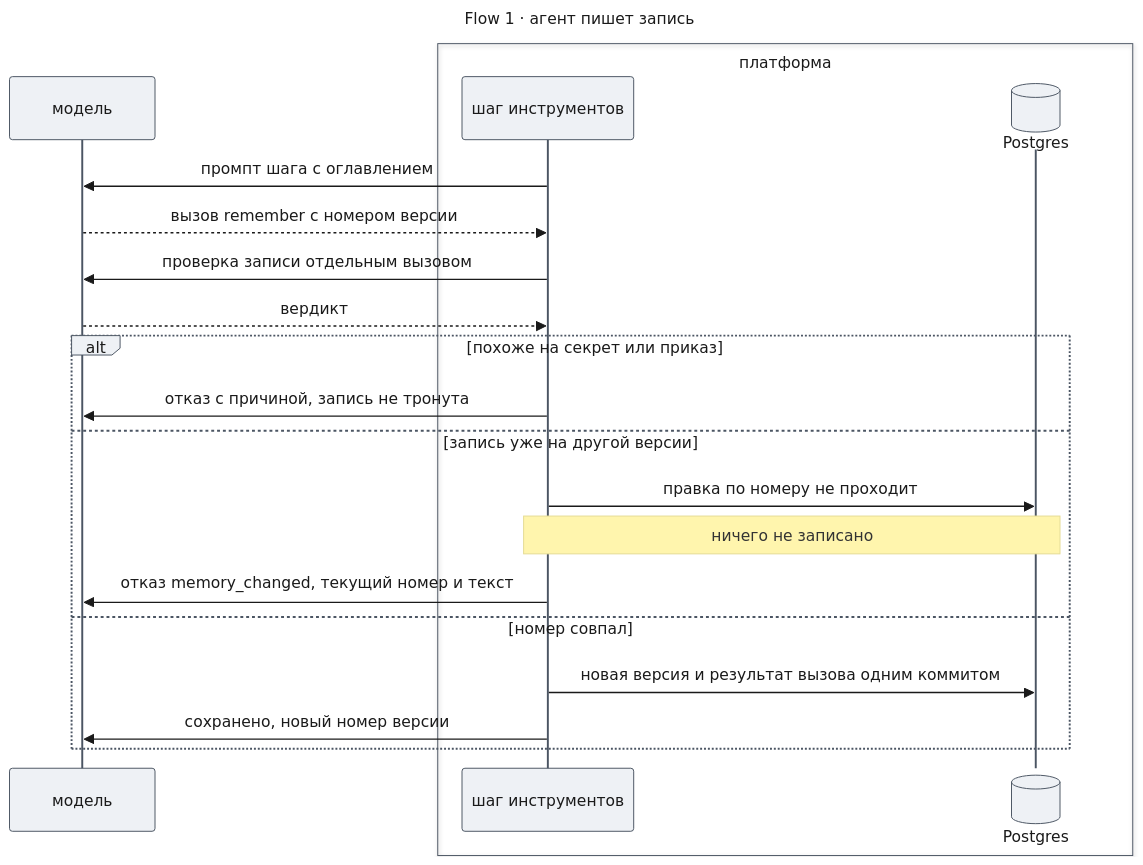
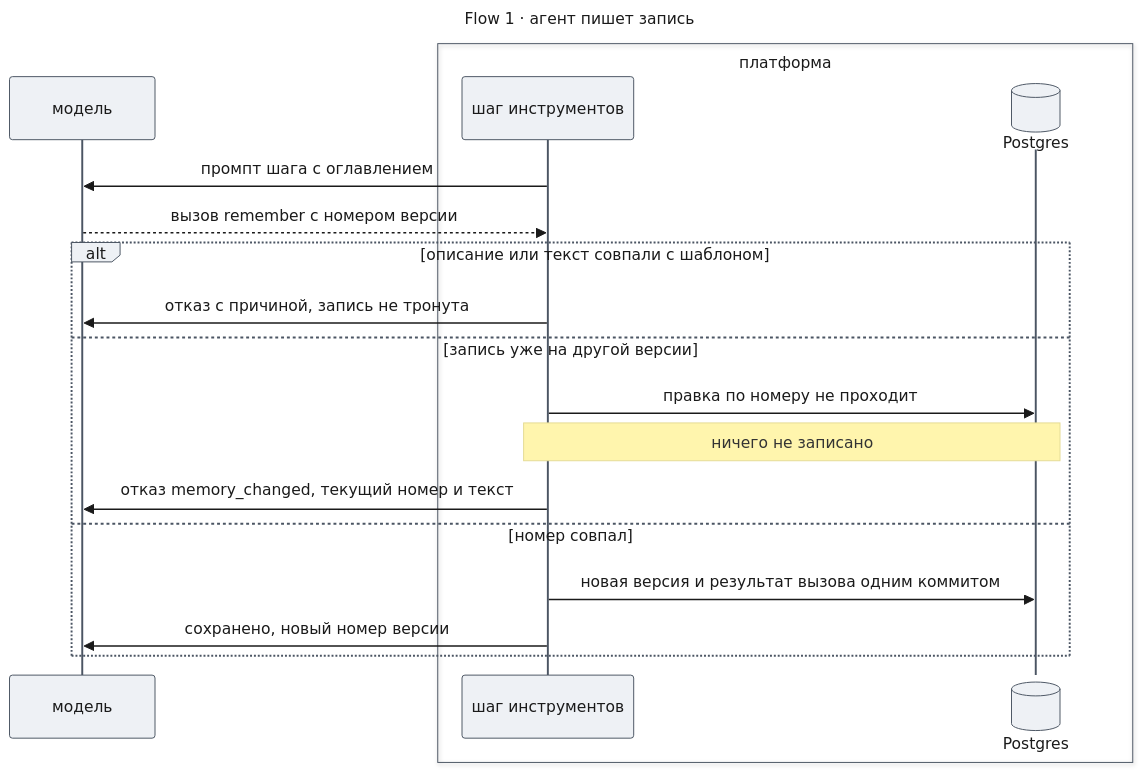
Before and after one commit to tundraray/agent-os: the fifth of 8 diagrams in docs/features/schedules-search-memory/design-memory-hygiene.md, drawn with Mermaid. The commit also changed other lines of this file and 1 other file, not shown here.

````diff
--- a/docs/features/schedules-search-memory/design-memory-hygiene.md
+++ b/docs/features/schedules-search-memory/design-memory-hygiene.md
@@ -371,45 +355,41 @@
 ```mermaid
 ---
 title: "Flow 1 · агент пишет запись"
 config:
   theme: base
   look: classic
   themeVariables:
     primaryColor: "#eef1f5"
     primaryBorderColor: "#4b5563"
     primaryTextColor: "#1a1a1a"
     lineColor: "#6b7280"
   themeCSS: |
-    @keyframes lit_fl1{0%,10%{stroke:#991b1b;stroke-width:6px}11.11%,100%{stroke:#37474f;stroke-width:2px}}
-    @keyframes litr_fl1{0%,10%{stroke:#1d4ed8;stroke-width:6px}11.11%,100%{stroke:#37474f;stroke-width:2px}}
-    .messageLine0[data-id='i0'],.messageLine1[data-id='i0']{animation:litr_fl1 10.8s linear 0s infinite}
-    .messageLine0[data-id='i1'],.messageLine1[data-id='i1']{animation:litr_fl1 10.8s linear 1.2s infinite}
-    .messageLine0[data-id='i2'],.messageLine1[data-id='i2']{animation:litr_fl1 10.8s linear 2.4s infinite}
-    .messageLine0[data-id='i3'],.messageLine1[data-id='i3']{animation:litr_fl1 10.8s linear 3.6s infinite}
-    .messageLine0[data-id='i5'],.messageLine1[data-id='i5']{animation:litr_fl1 10.8s linear 4.8s infinite}
-    .messageLine0[data-id='i7'],.messageLine1[data-id='i7']{animation:lit_fl1 10.8s linear 6s infinite}
-    .messageLine0[data-id='i9'],.messageLine1[data-id='i9']{animation:litr_fl1 10.8s linear 7.2s infinite}
-    .messageLine0[data-id='i11'],.messageLine1[data-id='i11']{animation:lit_fl1 10.8s linear 8.4s infinite}
-    .messageLine0[data-id='i12'],.messageLine1[data-id='i12']{animation:litr_fl1 10.8s linear 9.6s infinite}
+    @keyframes lit_fl1{0%,12.86%{stroke:#991b1b;stroke-width:6px}14.29%,100%{stroke:#37474f;stroke-width:2px}}
+    @keyframes litr_fl1{0%,12.86%{stroke:#1d4ed8;stroke-width:6px}14.29%,100%{stroke:#37474f;stroke-width:2px}}
+    .messageLine0[data-id='i0'],.messageLine1[data-id='i0']{animation:litr_fl1 8.4s linear 0s infinite}
+    .messageLine0[data-id='i1'],.messageLine1[data-id='i1']{animation:litr_fl1 8.4s linear 1.2s infinite}
+    .messageLine0[data-id='i3'],.messageLine1[data-id='i3']{animation:litr_fl1 8.4s linear 2.4s infinite}
+    .messageLine0[data-id='i5'],.messageLine1[data-id='i5']{animation:lit_fl1 8.4s linear 3.6s infinite}
+    .messageLine0[data-id='i7'],.messageLine1[data-id='i7']{animation:litr_fl1 8.4s linear 4.8s infinite}
+    .messageLine0[data-id='i9'],.messageLine1[data-id='i9']{animation:lit_fl1 8.4s linear 6s infinite}
+    .messageLine0[data-id='i10'],.messageLine1[data-id='i10']{animation:litr_fl1 8.4s linear 7.2s infinite}
 ---
 sequenceDiagram
     participant M as модель
     box платформа
         participant S as шаг инструментов
         participant DB@{ "type": "database" } as Postgres
     end
     S->>M: промпт шага с оглавлением
     M-->>S: вызов remember с номером версии
-    S->>M: проверка записи отдельным вызовом
-    M-->>S: вердикт
-    alt похоже на секрет или приказ
+    alt описание или текст совпали с шаблоном
         S->>M: отказ с причиной, запись не тронута
     else запись уже на другой версии
         S->>DB: правка по номеру не проходит
         Note over S,DB: ничего не записано
         S->>M: отказ memory_changed, текущий номер и текст
     else номер совпал
         S->>DB: новая версия и результат вызова одним коммитом
         S->>M: сохранено, новый номер версии
     end
 ```
````
